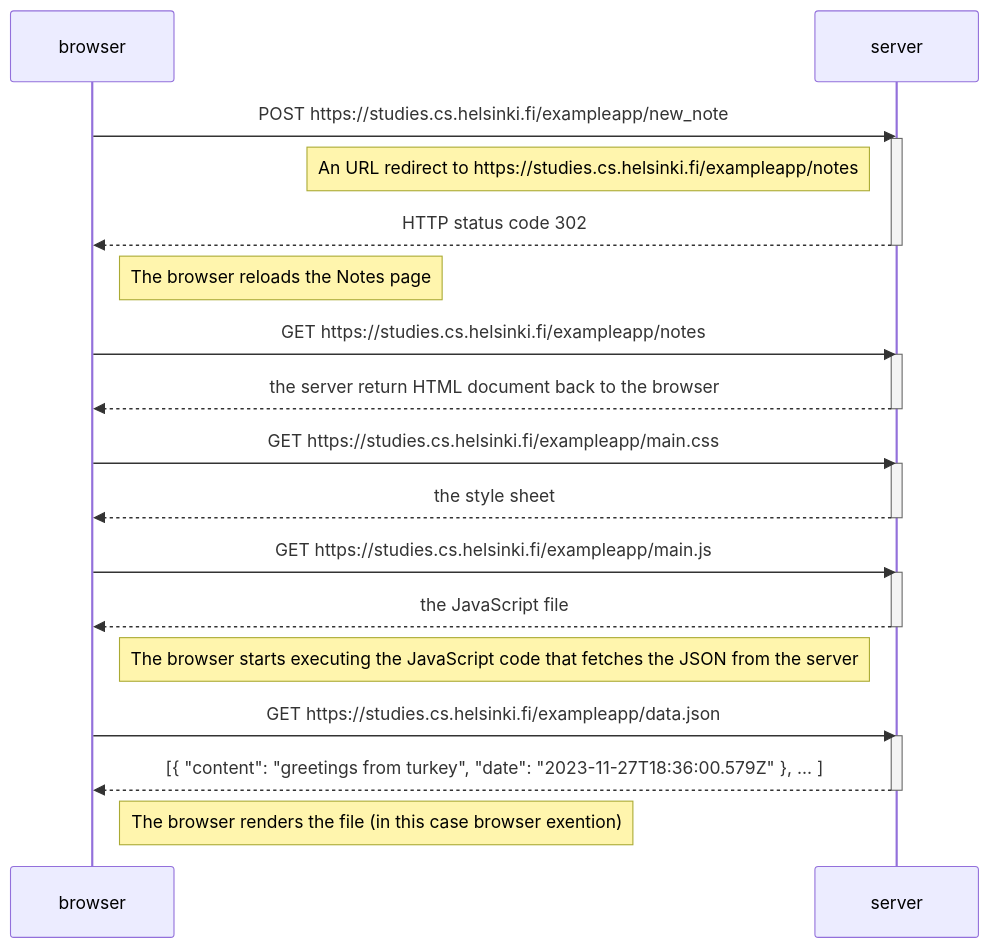
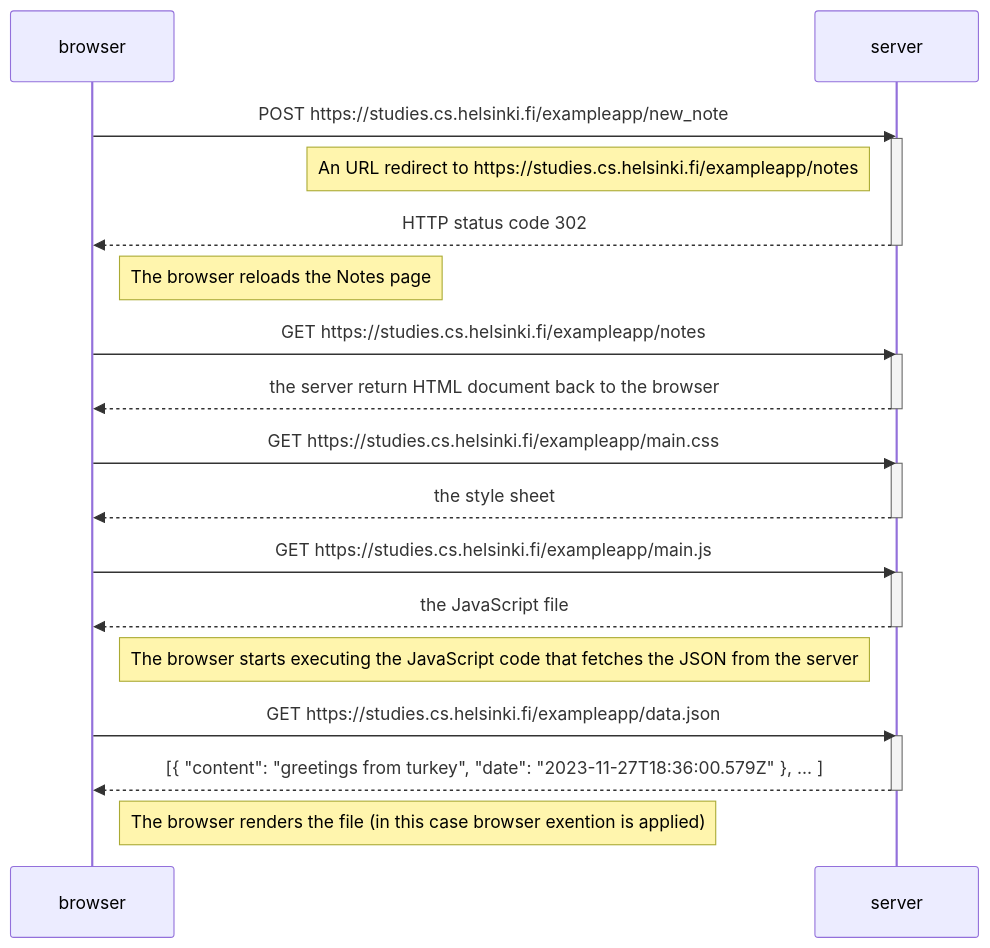
The diagram in part0/0.4: New note diagram.md (swnotmetal/UoHfullsackopen), drawn with Mermaid before and after one commit.

Commit message:
Update 0.4: New note diagram.md

````diff
--- a/part0/0.4: New note diagram.md
+++ b/part0/0.4: New note diagram.md
@@ -1,38 +1,38 @@
 ```mermaid
 sequenceDiagram
     participant browser
     participant server
 
     browser->>server: POST https://studies.cs.helsinki.fi/exampleapp/new_note
     activate server
     Note left of server: An URL redirect to https://studies.cs.helsinki.fi/exampleapp/notes
     server-->>browser: HTTP status code 302
     deactivate server
 
     Note right of browser: The browser reloads the Notes page
     
     browser->>server: GET https://studies.cs.helsinki.fi/exampleapp/notes
     activate server
     server-->>browser: the server return HTML document back to the browser  
     deactivate server
     
     browser->>server: GET https://studies.cs.helsinki.fi/exampleapp/main.css
     activate server
     server-->>browser: the style sheet
     deactivate server
     
     browser->>server: GET https://studies.cs.helsinki.fi/exampleapp/main.js
     activate server
     server-->>browser: the JavaScript file
     deactivate server
     
     Note right of browser: The browser starts executing the JavaScript code that fetches the JSON from the server
     
     browser->>server: GET https://studies.cs.helsinki.fi/exampleapp/data.json
     activate server
     server-->>browser: [{ "content": "greetings from turkey", "date": "2023-11-27T18:36:00.579Z" }, ... ]
     deactivate server
 
-    Note right of browser: The browser renders the file (in this case browser exention)
+    Note right of browser: The browser renders the file (in this case browser exention is applied)
 
 ```
````
